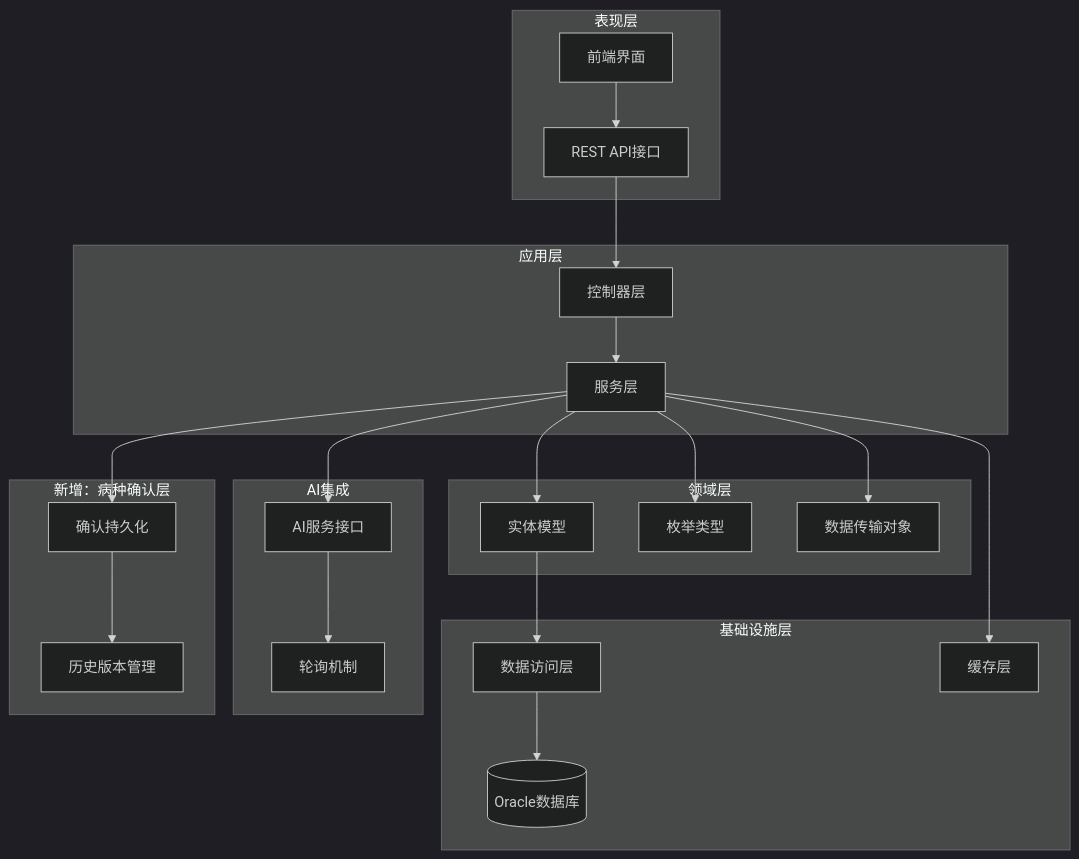
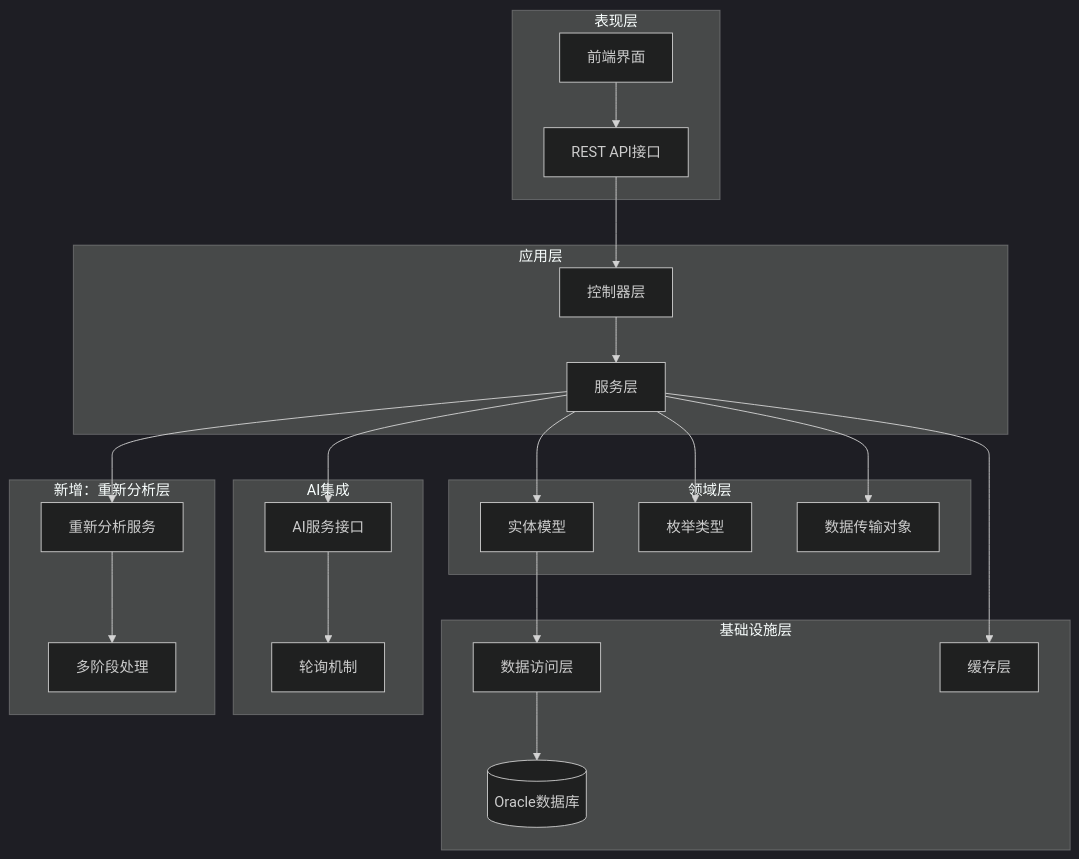
One commit to liuzh2008/med_ai_assistant_workspace changed the second of 11 diagrams in .qoder/repowiki/zh/content/QC评估引擎.md. Above: the diagram before and after it, drawn with Mermaid (dark theme). The commit also changed other lines of this file and 5 other files, not shown here.

````diff
--- a/.qoder/repowiki/zh/content/QC评估引擎.md
+++ b/.qoder/repowiki/zh/content/QC评估引擎.md
@@ -134,42 +147,42 @@
 ```mermaid
 graph TB
 subgraph "表现层"
 UI[前端界面]
 API[REST API接口]
 end
 subgraph "应用层"
 CTRL[控制器层]
 SVC[服务层]
 end
 subgraph "领域层"
 MODEL[实体模型]
 ENUM[枚举类型]
 DTO[数据传输对象]
 end
 subgraph "基础设施层"
 REPO[数据访问层]
 DB[(Oracle数据库)]
 CACHE[缓存层]
 end
 UI --> API
 API --> CTRL
 CTRL --> SVC
 SVC --> MODEL
 SVC --> ENUM
 SVC --> DTO
 MODEL --> REPO
 REPO --> DB
 SVC --> CACHE
 subgraph "AI集成"
 AI[AI服务接口]
 POLL[轮询机制]
 end
 SVC --> AI
 AI --> POLL
-subgraph "新增：病种确认层"
-CONFIRM[确认持久化]
-HISTORY[历史版本管理]
+subgraph "新增：重新分析层"
+REANALYZE[重新分析服务]
+MULTISTAGE[多阶段处理]
 end
-SVC --> CONFIRM
-CONFIRM --> HISTORY
+SVC --> REANALYZE
+REANALYZE --> MULTISTAGE
 ```
````
